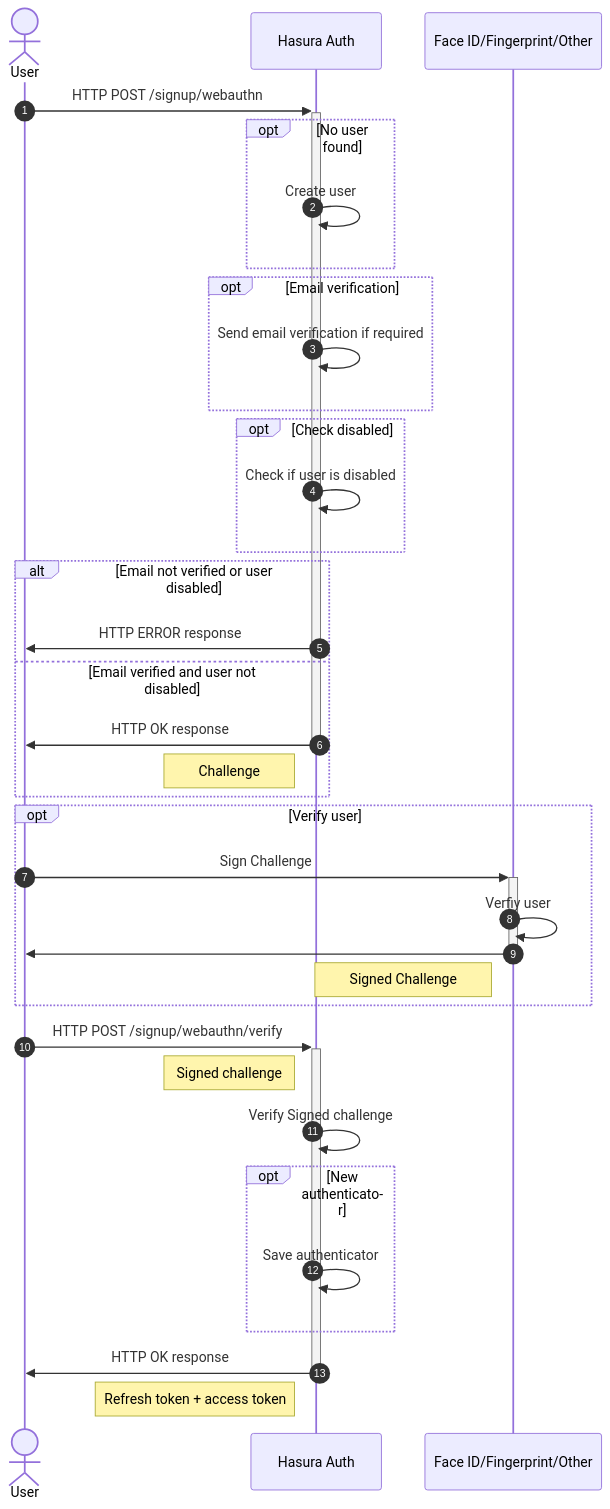
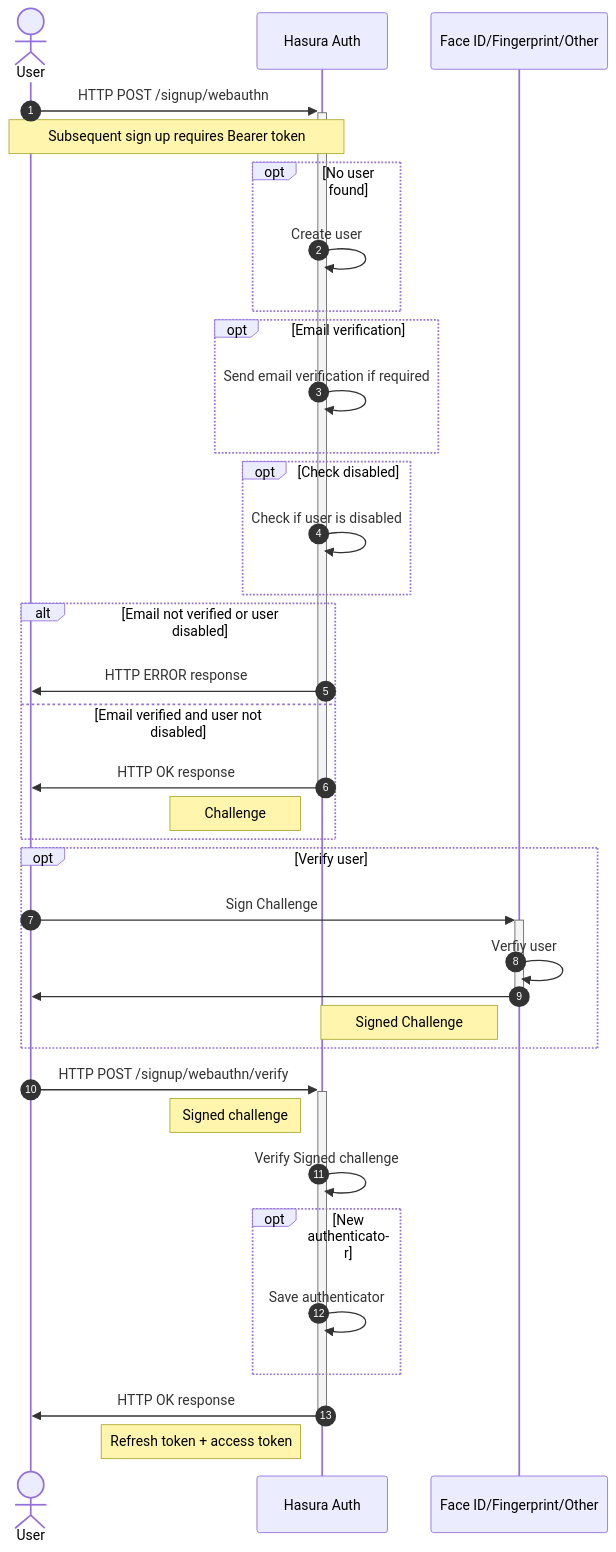
Before and after one commit to nhost/nhost: the first of 2 diagrams in docs/workflows/webauthn.md, drawn with Mermaid. The commit also changed 2 other files, not shown here.

Commit message:
fix(webauthn): disable unauthorized add of subsequent authenticator

````diff
--- a/docs/workflows/webauthn.md
+++ b/docs/workflows/webauthn.md
@@ -8,37 +8,38 @@
 ```mermaid
 sequenceDiagram
 	autonumber
 	actor U as User
 	participant A as Hasura Auth
 	participant G as Face ID/Fingerprint/Other
 	U->>+A: HTTP POST /signup/webauthn
+     Note over U,A: Subsequent sign up requires Bearer token
     opt No user found
 		A->>A: Create user
 	end
     opt Email verification
 		A->>A: Send email verification if required
 	end
     opt Check disabled
         A->>A: Check if user is disabled
     end
     alt Email not verified or user disabled
         A->>U: HTTP ERROR response
     else Email verified and user not disabled
         A->>-U: HTTP OK response
         Note left of A: Challenge
     end
     opt Verify user
         U->>+G: Sign Challenge
         G->>-G: Verfiy user 
         G->>U: 
         Note left of G: Signed Challenge 
     end
     U->>+A: HTTP POST /signup/webauthn/verify
     Note left of A: Signed challenge
     A->>A: Verify Signed challenge
     opt New authenticator
 		A->>A: Save authenticator
 	end
     A->>-U: HTTP OK response 
     Note left of A: Refresh token + access token
 ```
````
